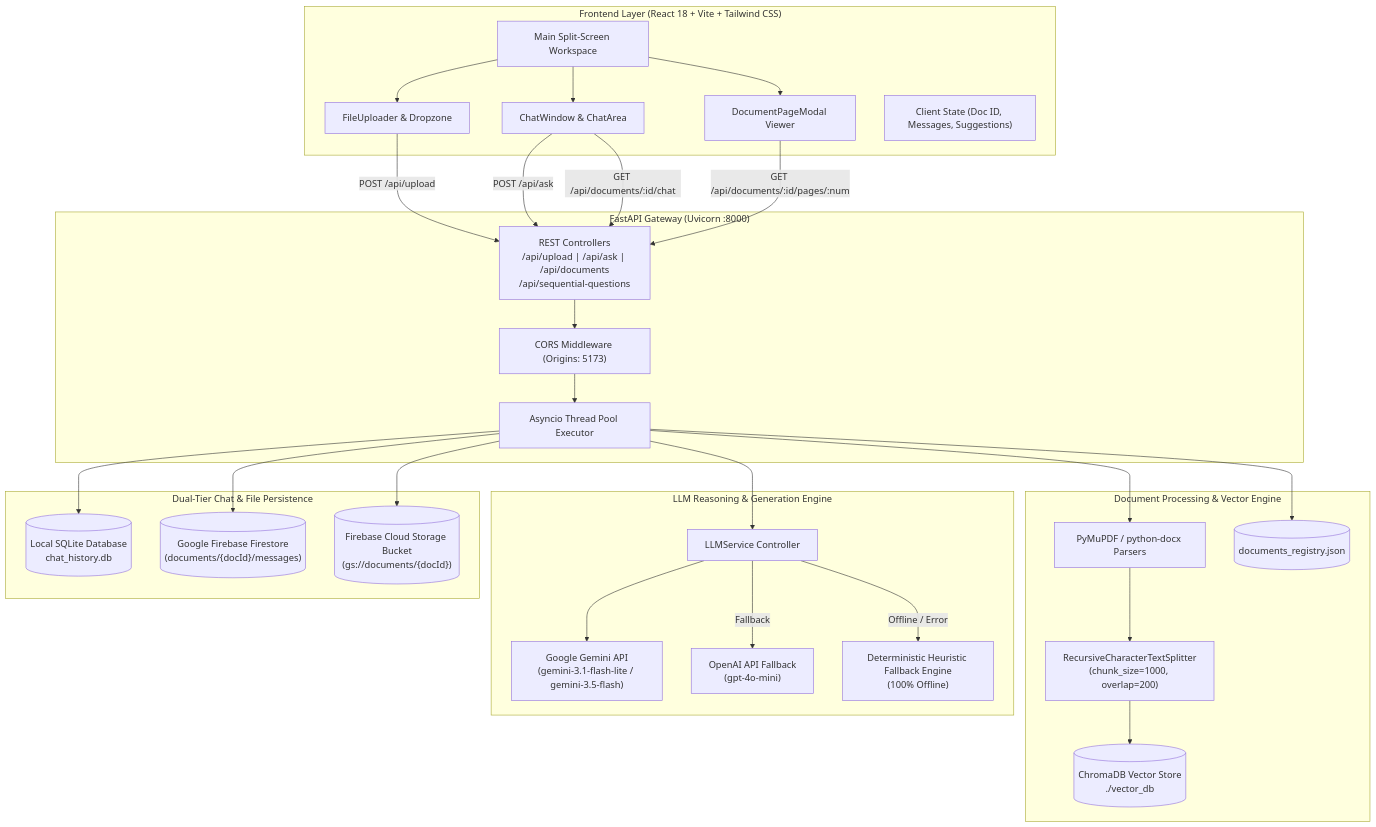
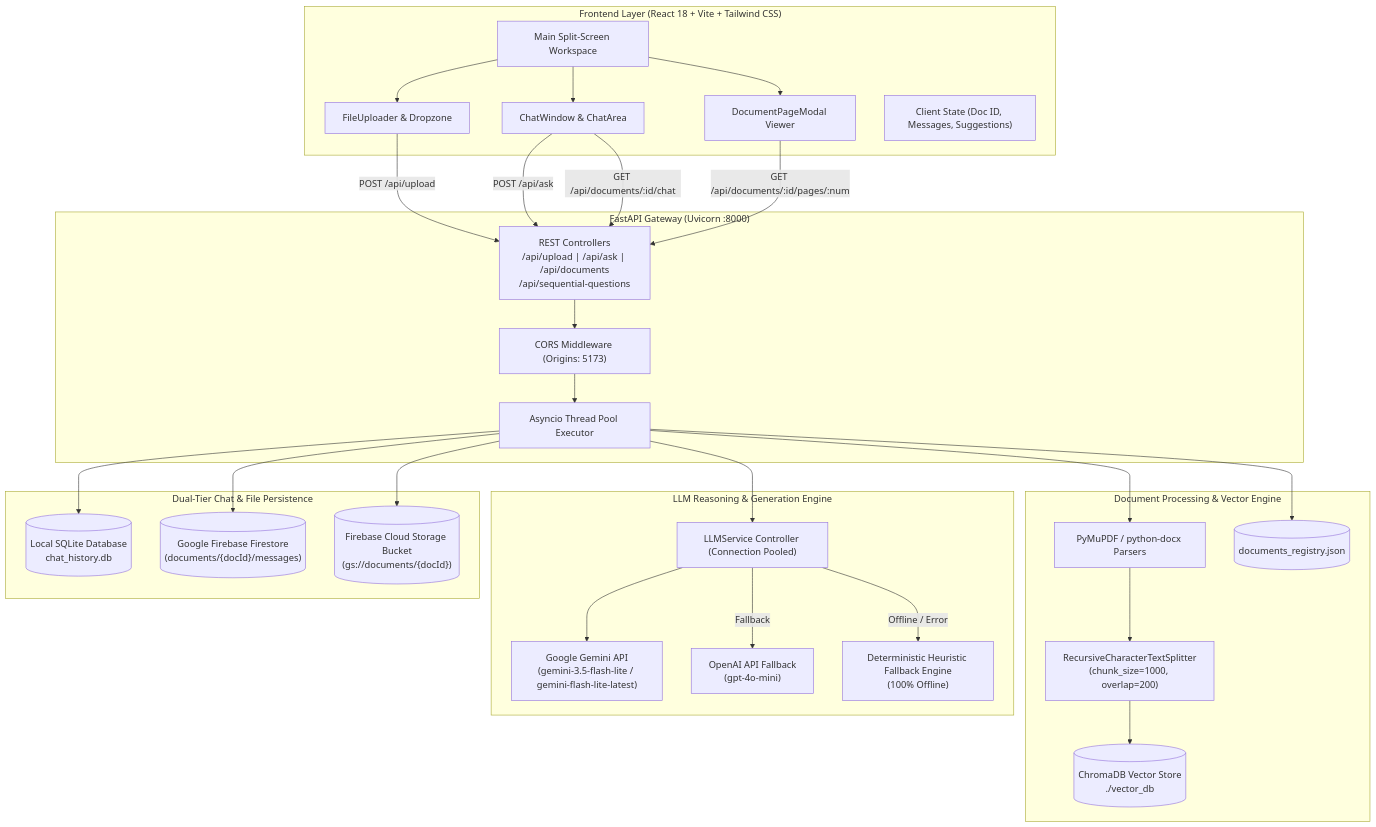
Before and after one commit to Nandu707/File-Summariser.Ai: the first of 7 diagrams in PROJECT_VISUAL_GUIDE.md, drawn with Mermaid. The commit also changed 9 other files, not shown here.

````diff
--- a/PROJECT_VISUAL_GUIDE.md
+++ b/PROJECT_VISUAL_GUIDE.md
@@ -9,55 +9,55 @@
 ```mermaid
 flowchart TB
     subgraph Client["Frontend Layer (React 18 + Vite + Tailwind CSS)"]
         UI["Main Split-Screen Workspace"]
         UploadComp["FileUploader & Dropzone"]
         ChatComp["ChatWindow & ChatArea"]
         ModalComp["DocumentPageModal Viewer"]
         StateStore["Client State (Doc ID, Messages, Suggestions)"]
     end
 
     subgraph API["FastAPI Gateway (Uvicorn :8000)"]
         Endpoints["REST Controllers<br/>/api/upload | /api/ask | /api/documents<br/>/api/sequential-questions"]
         CORS["CORS Middleware (Origins: 5173)"]
         AsyncLoop["Asyncio Thread Pool Executor"]
     end
 
     subgraph IngestionEngine["Document Processing & Vector Engine"]
         Parser["PyMuPDF / python-docx Parsers"]
         Splitter["RecursiveCharacterTextSplitter<br/>(chunk_size=1000, overlap=200)"]
         ChromaStore[("ChromaDB Vector Store<br/>./vector_db")]
         Registry[("documents_registry.json")]
     end
 
     subgraph Inference["LLM Reasoning & Generation Engine"]
-        LLMRouter["LLMService Controller"]
-        GeminiFlash["Google Gemini API<br/>(gemini-3.1-flash-lite / gemini-3.5-flash)"]
+        LLMRouter["LLMService Controller (Connection Pooled)"]
+        GeminiFlash["Google Gemini API<br/>(gemini-3.5-flash-lite / gemini-flash-lite-latest)"]
         OpenAIGPT["OpenAI API Fallback<br/>(gpt-4o-mini)"]
         OfflineHeuristic["Deterministic Heuristic Fallback Engine<br/>(100% Offline)"]
     end
 
     subgraph Persistence["Dual-Tier Chat & File Persistence"]
         SQLiteDB[("Local SQLite Database<br/>chat_history.db")]
         FirebaseFirestore[("Google Firebase Firestore<br/>(documents/{docId}/messages)")]
         FirebaseStorage[("Firebase Cloud Storage Bucket<br/>(gs://documents/{docId})")]
     end
 
     %% Connections
     UI --> UploadComp & ChatComp & ModalComp
     UploadComp -->|POST /api/upload| Endpoints
     ChatComp -->|POST /api/ask| Endpoints
     ChatComp -->|GET /api/documents/:id/chat| Endpoints
     ModalComp -->|GET /api/documents/:id/pages/:num| Endpoints
 
     Endpoints --> CORS --> AsyncLoop
     AsyncLoop --> Parser --> Splitter --> ChromaStore
     AsyncLoop --> Registry
     AsyncLoop --> LLMRouter
 
     LLMRouter --> GeminiFlash
     LLMRouter -->|Fallback| OpenAIGPT
     LLMRouter -->|Offline / Error| OfflineHeuristic
 
     AsyncLoop --> SQLiteDB
     AsyncLoop --> FirebaseFirestore & FirebaseStorage
 ```
````
